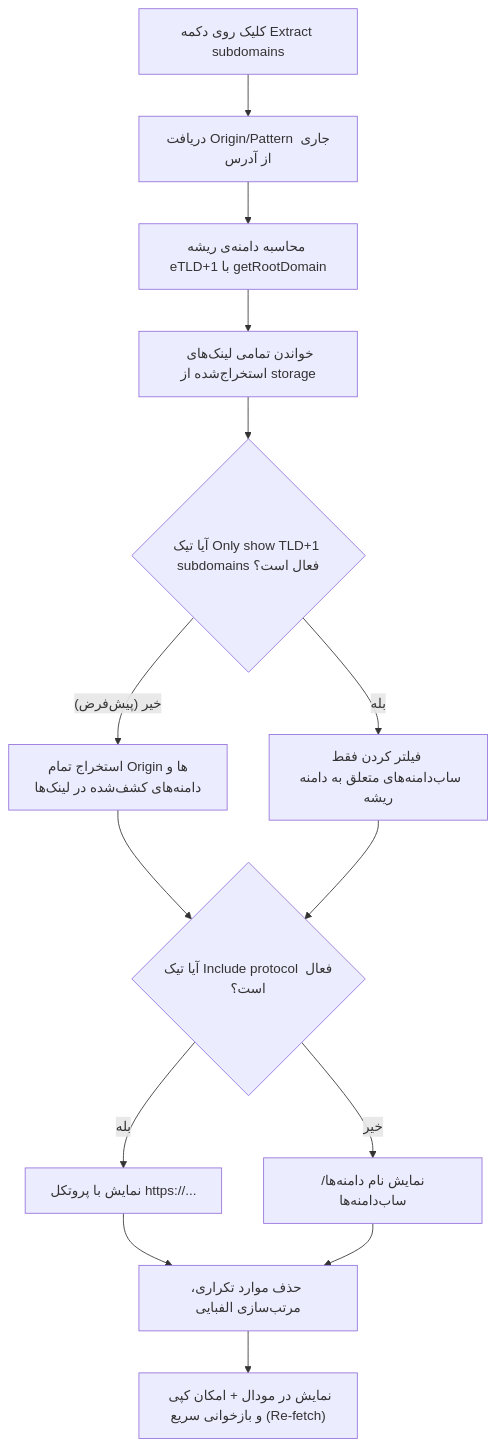
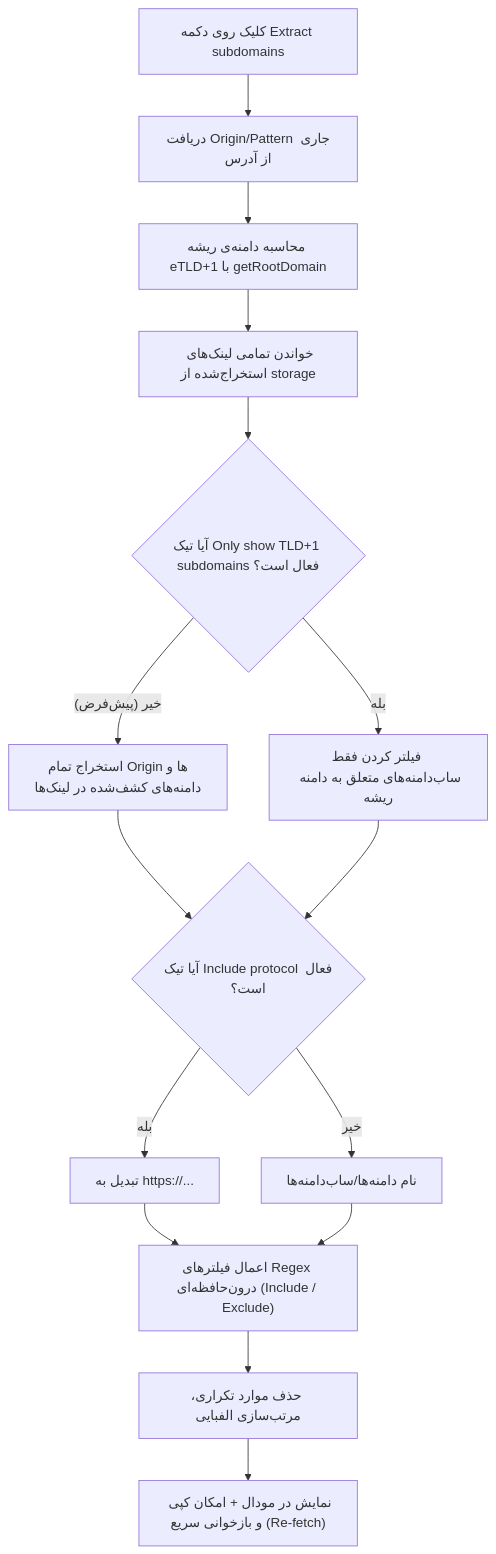
Before and after one commit to alimehridev/Automatic-Link-Extractor-Chrome-extension: the second of 2 diagrams in PROJECT_DOCUMENTATION.md, drawn with Mermaid. The commit also changed other lines of this file and 3 other files, not shown here.

````diff
--- a/PROJECT_DOCUMENTATION.md
+++ b/PROJECT_DOCUMENTATION.md
@@ -108,16 +108,17 @@
 ```mermaid
 flowchart TD
     ClickSub["کلیک روی دکمه Extract subdomains"] --> GetPattern["دریافت Origin/Pattern جاری از آدرس"]
     GetPattern --> CalcRoot["محاسبه دامنه‌ی ریشه eTLD+1 با getRootDomain"]
     CalcRoot --> FetchLinks["خواندن تمامی لینک‌های استخراج‌شده از storage"]
     FetchLinks --> CheckFilter{"آیا تیک Only show TLD+1 subdomains فعال است؟"}
     CheckFilter -- "خیر (پیش‌فرض)" --> AllOrigins["استخراج تمام Originها و دامنه‌های کشف‌شده در لینک‌ها"]
     CheckFilter -- "بله" --> TldOnly["فیلتر کردن فقط ساب‌دامنه‌های متعلق به دامنه ریشه"]
     AllOrigins --> CheckProto{"آیا تیک Include protocol فعال است؟"}
     TldOnly --> CheckProto
-    CheckProto -- "بله" --> FullOrigin["نمایش با پروتکل https://..."]
-    CheckProto -- "خیر" --> HostnameOnly["نمایش نام دامنه‌ها/ساب‌دامنه‌ها"]
-    FullOrigin --> DedupeSort["حذف موارد تکراری، مرتب‌سازی الفبایی"]
-    HostnameOnly --> DedupeSort
+    CheckProto -- "بله" --> FullOrigin["تبدیل به https://..."]
+    CheckProto -- "خیر" --> HostnameOnly["نام دامنه‌ها/ساب‌دامنه‌ها"]
+    FullOrigin --> RegexFilter["اعمال فیلترهای Regex درون‌حافظه‌ای (Include / Exclude)"]
+    HostnameOnly --> RegexFilter
+    RegexFilter --> DedupeSort["حذف موارد تکراری، مرتب‌سازی الفبایی"]
     DedupeSort --> OpenSubModal["نمایش در مودال + امکان کپی و بازخوانی سریع (Re-fetch)"]
 ```
````
